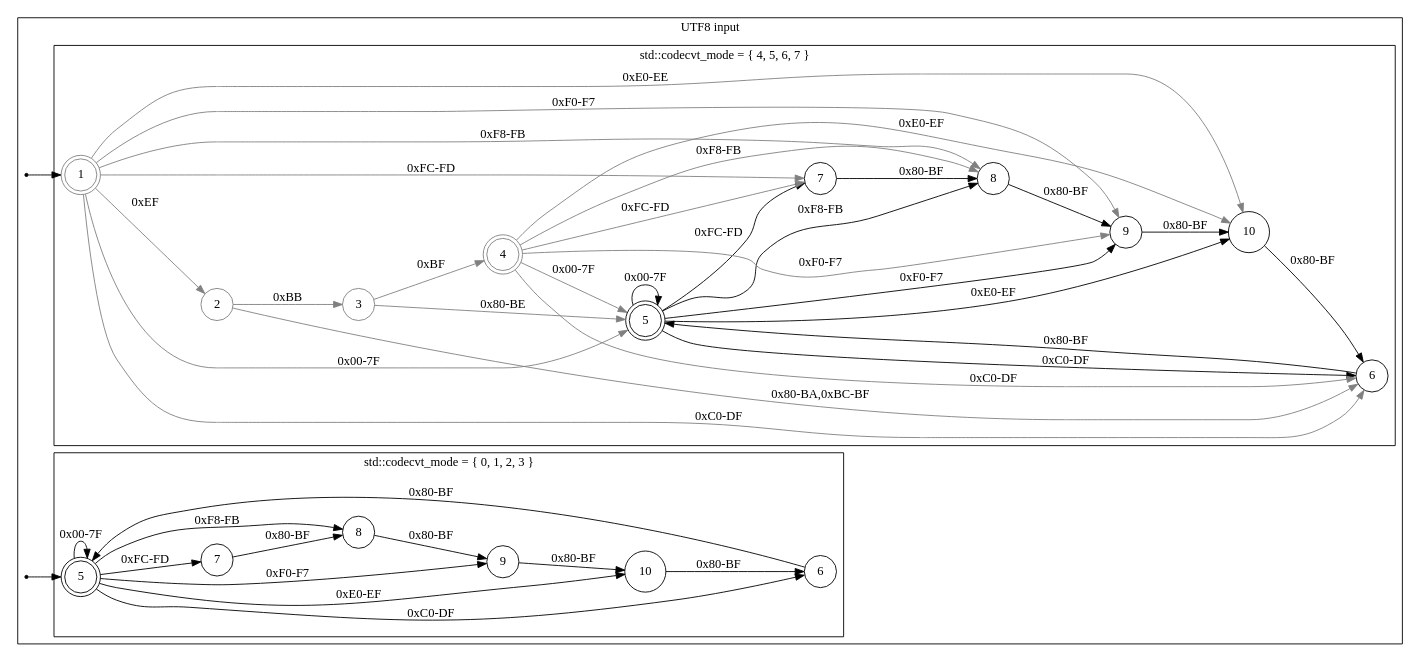
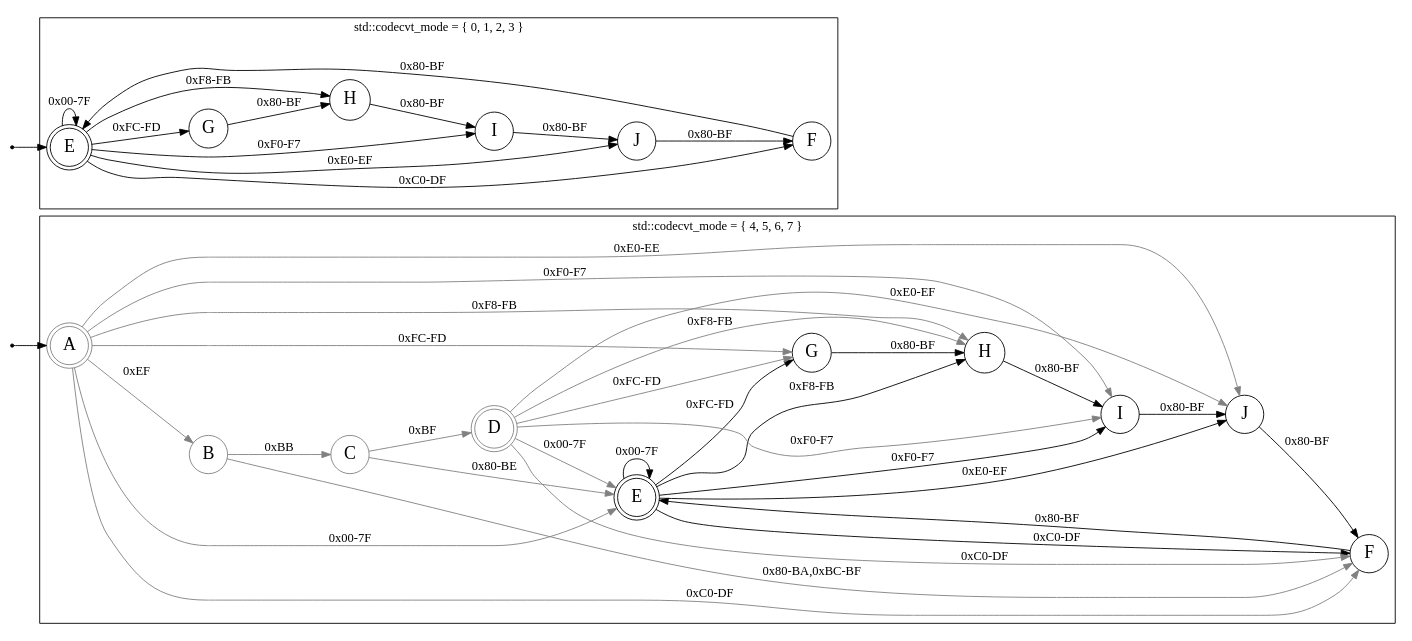
Before and after one commit to jschmerge/xos: the diagram in src/automata/samples/utf8-input-bom.dot, drawn with Graphviz. The commit also changed 1 other file, not shown here.

Commit message:
Minor cosmetic changes to utf8 and improvements on utf16

```diff
--- a/src/automata/samples/utf8-input-bom.dot
+++ b/src/automata/samples/utf8-input-bom.dot
@@ -1,100 +1,95 @@
 digraph Input {
 	rankdir="LR"
-	splines=true
-	layout=dot
 
-	node [shape=circle]
+	node [shape=circle,fontname="times bold italic",fontsize=20]
 
 	Initial1 [shape=point]
 	Initial2 [shape=point]
 
-	subgraph cluster_input_modes {
-		label="UTF8 input"
 		Initial1 -> BOM_A [color=black]
 		Initial2 -> S1
 
 		subgraph cluster_consume_header {
 			label="std::codecvt_mode = { 4, 5, 6, 7 }"
 
 			subgraph {
 				node [color=gray]
 				edge [color=gray]
 				BOM_A -> S2 [label="0x00-7F"]
 				BOM_A -> A2 [label="0xC0-DF"]
 				BOM_A -> B2 [label="0xE0-EE"]
 				BOM_A -> BOM_B [label="0xEF"]
 				BOM_A -> C2 [label="0xF0-F7"]
 				BOM_A -> D2 [label="0xF8-FB"]
 				BOM_A -> E2 [label="0xFC-FD"]
 
 
 				BOM_B -> BOM_C [label="0xBB"]
 				BOM_B -> A2 [label="0x80-BA,0xBC-BF"]
 
 				BOM_C -> BOM_D [label="0xBF"]
 				BOM_C -> S2 [label="0x80-BE"]
 
 				BOM_D -> S2 [label="0x00-7F"]
 				BOM_D -> A2 [label="0xC0-DF"]
 				BOM_D -> B2 [label="0xE0-EF"]
 				BOM_D -> C2 [label="0xF0-F7"]
 				BOM_D -> D2 [label="0xF8-FB"]
 				BOM_D -> E2 [label="0xFC-FD"]
 			}
 
 			subgraph {
 				edge [color=black]
 
 				S2 [peripheries=2,color=black]
 				S2 -> S2 [label="0x00-7F"]
 				S2 -> A2 [label="0xC0-DF"]
 				S2 -> B2 [label="0xE0-EF"]
 				S2 -> C2 [label="0xF0-F7"]
 				S2 -> D2 [label="0xF8-FB"]
 				S2 -> E2 [label="0xFC-FD"]
 
 				A2 -> S2 [label="0x80-BF"]
 				B2 -> A2 [label="0x80-BF"]
 				C2 -> B2 [label="0x80-BF"]
 				D2 -> C2 [label="0x80-BF"]
 				E2 -> D2 [label="0x80-BF"]
 			}
 
-			BOM_A [label="1",  color=gray,  peripheries=2]
-			BOM_B [label="2"   color=grey,  peripheries=1]
-			BOM_C [label="3"   color=grey,  peripheries=1]
-			BOM_D [label="4",  color=grey,  peripheries=2]
-			S2    [label="5",  color=black, peripheries=2]
-			A2    [label="6",  color=black, peripheries=1]
-			E2    [label="7",  color=black, peripheries=1]
-			D2    [label="8",  color=black, peripheries=1]
-			C2    [label="9",  color=black, peripheries=1]
-			B2    [label="10", color=black, peripheries=1]
+			BOM_A [label="A",  color=gray,  peripheries=2]
+			BOM_B [label="B"   color=grey,  peripheries=1]
+			BOM_C [label="C"   color=grey,  peripheries=1]
+			BOM_D [label="D",  color=grey,  peripheries=2]
+			S2    [label="E",  color=black, peripheries=2]
+			A2    [label="F",  color=black, peripheries=1]
+			E2    [label="G",  color=black, peripheries=1]
+			D2    [label="H",  color=black, peripheries=1]
+			C2    [label="I",  color=black, peripheries=1]
+			B2    [label="J", color=black, peripheries=1]
 		}
 
 		subgraph cluster_basic
 		{
 			label="std::codecvt_mode = { 0, 1, 2, 3 }"
 			S1 -> S1 [label="0x00-7F"]
 			S1 -> A1 [label="0xC0-DF"]
 			S1 -> B1 [label="0xE0-EF"]
 			S1 -> C1 [label="0xF0-F7"]
 			S1 -> D1 [label="0xF8-FB"]
 
 			S1 -> E1 [label="0xFC-FD"]
 			A1 -> S1 [label="0x80-BF"]
 			B1 -> A1 [label="0x80-BF"]
 			C1 -> B1 [label="0x80-BF"]
 			D1 -> C1 [label="0x80-BF"]
 			E1 -> D1 [label="0x80-BF"]
 
-			S1    [label="5",  color=black, peripheries=2]
-			A1    [label="6",  color=black, peripheries=1]
-			E1    [label="7",  color=black, peripheries=1]
-			D1    [label="8",  color=black, peripheries=1]
-			C1    [label="9",  color=black, peripheries=1]
-			B1    [label="10", color=black, peripheries=1]
+			S1    [label="E",  color=black, peripheries=2]
+			A1    [label="F",  color=black, peripheries=1]
+			E1    [label="G",  color=black, peripheries=1]
+			D1    [label="H",  color=black, peripheries=1]
+			C1    [label="I",  color=black, peripheries=1]
+			B1    [label="J", color=black, peripheries=1]
 		}
 
-	}
 }
```
